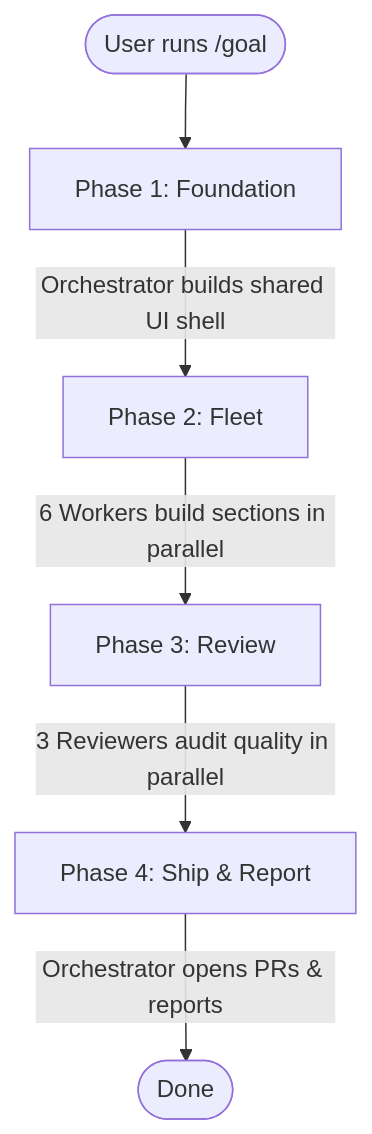
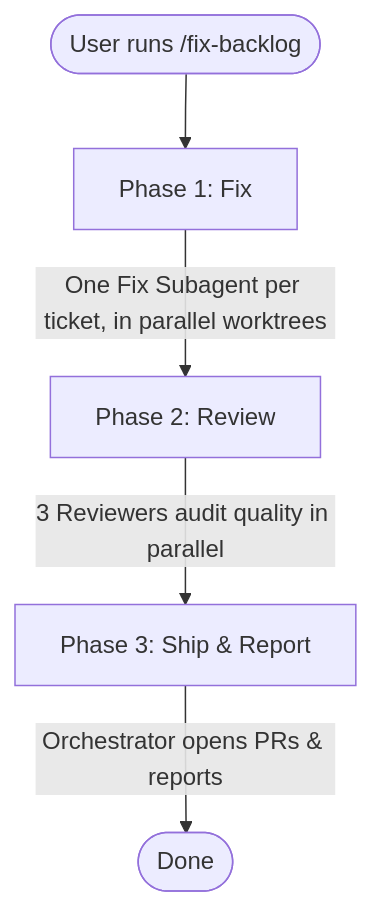
The diagram in subagents-delegation-example/README.md (Lemoncode/demos-herramientas-ai-aplicadas-al-desarrollo), drawn with Mermaid before and after one commit. The commit also changed other lines of this file and 54 other files, not shown here.

````diff
--- a/subagents-delegation-example/README.md
+++ b/subagents-delegation-example/README.md
@@ -10,12 +10,10 @@
 ```mermaid
 flowchart TD
-    Start([User runs /goal]) --> P1
-    
-    P1[Phase 1: Foundation] --> |Orchestrator builds shared UI shell| P2
-    
-    P2[Phase 2: Fleet] --> |6 Workers build sections in parallel| P3
-    
-    P3[Phase 3: Review] --> |3 Reviewers audit quality in parallel| P4
-    
-    P4[Phase 4: Ship & Report] --> |Orchestrator opens PRs & reports| Finish([Done])
+    Start([User runs /fix-backlog]) --> P1
+
+    P1[Phase 1: Fix] --> |One Fix Subagent per ticket, in parallel worktrees| P2
+
+    P2[Phase 2: Review] --> |3 Reviewers audit quality in parallel| P3
+
+    P3[Phase 3: Ship & Report] --> |Orchestrator opens PRs & reports| Finish([Done])
 ```
````
